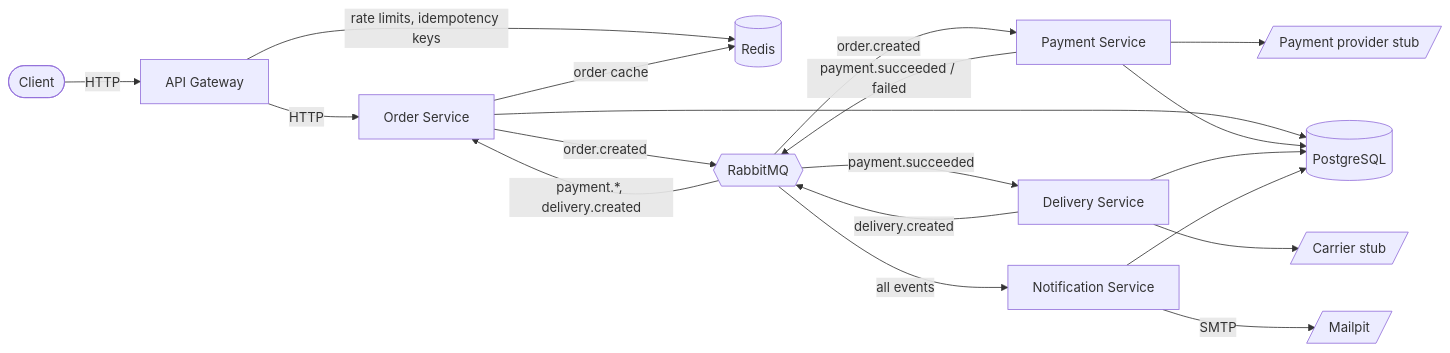
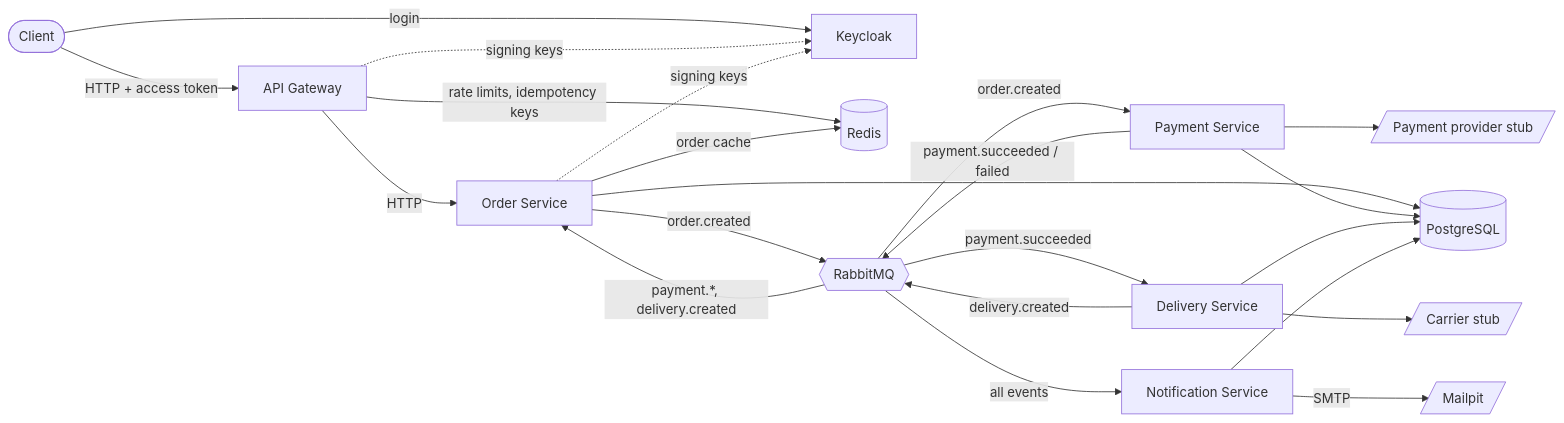
The first of 2 diagrams in README.md (elita001/order-microservices), drawn with Mermaid before and after one commit. The commit also changed other lines of this file and 26 other files, not shown here.

Commit message:
feat(auth): add Keycloak OIDC authentication with zero-trust token verification, per-customer authorization, rate limits per customer and composite idempotency keys

````diff
--- a/README.md
+++ b/README.md
@@ -34,21 +36,24 @@
 ```mermaid
 flowchart LR
-    client([Client]) -->|HTTP| gateway[API Gateway]
+    client([Client]) -->|login| keycloak[Keycloak]
+    client -->|HTTP + access token| gateway[API Gateway]
+    gateway -. signing keys .-> keycloak
+    order -. signing keys .-> keycloak
     gateway -->|rate limits, idempotency keys| redis[(Redis)]
     gateway -->|HTTP| order[Order Service]
     order -->|order cache| redis
 
     order -- order.created --> mq{{RabbitMQ}}
     mq -- order.created --> payment[Payment Service]
     payment -- "payment.succeeded / failed" --> mq
     mq -- payment.succeeded --> delivery[Delivery Service]
     delivery -- delivery.created --> mq
     mq -- "payment.*, delivery.created" --> order
     mq -- all events --> notification[Notification Service]
 
     payment --> provider[/Payment provider stub/]
     delivery --> carrier[/Carrier stub/]
     notification -->|SMTP| mailpit[/Mailpit/]
 
     order & payment & delivery & notification --> pg[(PostgreSQL)]
 ```
````
